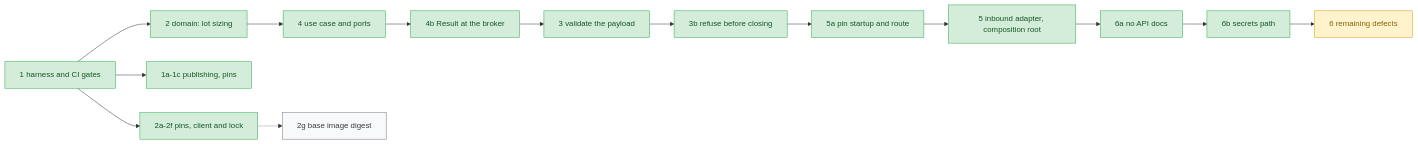
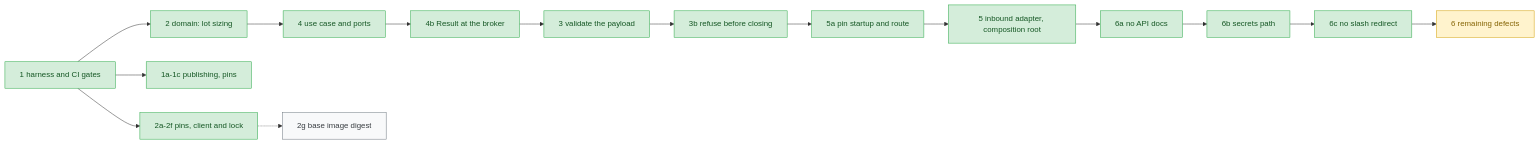
The diagram in docs/migration-roadmap.md (Akinzou/TradeLockerBot), drawn with Mermaid before and after one commit. The commit also changed other lines of this file and 6 other files, not shown here.

````diff
--- a/docs/migration-roadmap.md
+++ b/docs/migration-roadmap.md
@@ -33,22 +34,23 @@
 ```mermaid
 flowchart LR
     S1[1 harness and CI gates] --> S2[2 domain: lot sizing]
     S1 --> S1abc[1a-1c publishing, pins]
     S1 --> S2af[2a-2f pins, client and lock]
     S2 --> S4[4 use case and ports]
     S4 --> S4b[4b Result at the broker]
     S4b --> S3[3 validate the payload]
     S3 --> S3b[3b refuse before closing]
     S3b --> S5a[5a pin startup and route]
     S5a --> S5[5 inbound adapter, composition root]
     S5 --> S6a[6a no API docs]
     S6a --> S6b[6b secrets path]
-    S6b --> S6[6 remaining defects]
+    S6b --> S6c[6c no slash redirect]
+    S6c --> S6[6 remaining defects]
     S2af -.-> S2g[2g base image digest]
     classDef done fill:#d4edda,stroke:#28a745,color:#155724
     classDef next fill:#fff3cd,stroke:#d39e00,color:#856404
     classDef todo fill:#f8f9fa,stroke:#6c757d,color:#383d41
-    class S1,S1abc,S2,S2af,S4,S4b,S3,S3b,S5a,S5,S6a,S6b done
+    class S1,S1abc,S2,S2af,S4,S4b,S3,S3b,S5a,S5,S6a,S6b,S6c done
     class S6 next
     class S2g todo
 ```
````
